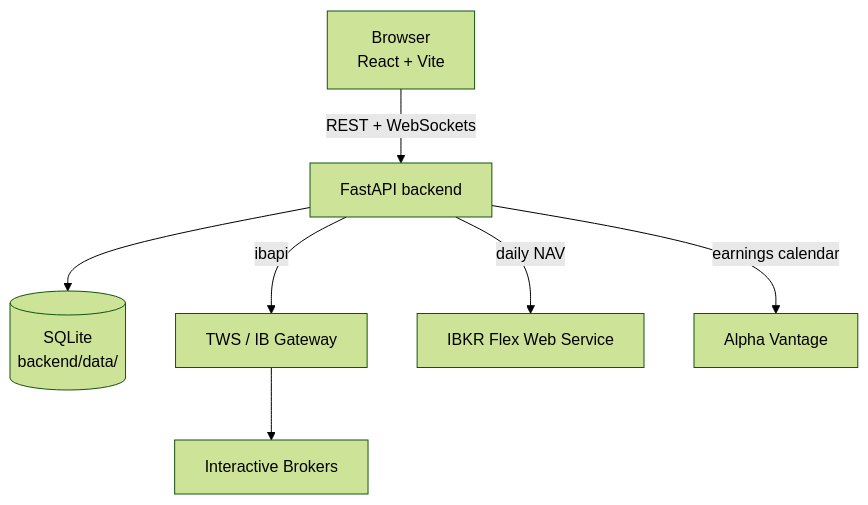
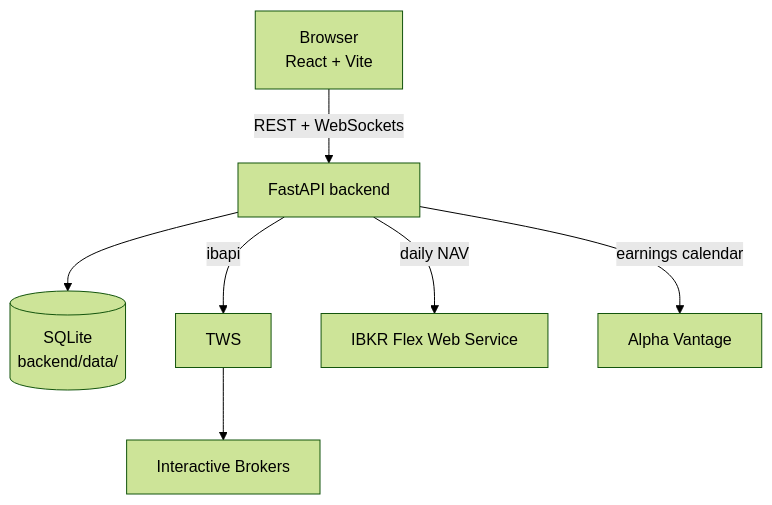
The diagram in README.md (ryan1604/Investor-OS), drawn with Mermaid (forest theme) before and after one commit. The commit also changed other lines of this file and 107 other files, not shown here.

````diff
--- a/README.md
+++ b/README.md
@@ -21,17 +22,17 @@
 ```mermaid
 flowchart TD
     browser["Browser<br/>React + Vite"]
     api["FastAPI backend"]
     sqlite[("SQLite<br/>backend/data/")]
-    gateway["TWS / IB Gateway"]
+    tws["TWS"]
     ib["Interactive Brokers"]
     flex["IBKR Flex Web Service"]
     alpha["Alpha Vantage"]
 
     browser -->|"REST + WebSockets"| api
     api --> sqlite
-    api -->|"ibapi"| gateway
-    gateway --> ib
+    api -->|"ibapi"| tws
+    tws --> ib
     api -->|"daily NAV"| flex
     api -->|"earnings calendar"| alpha
 ```
````
